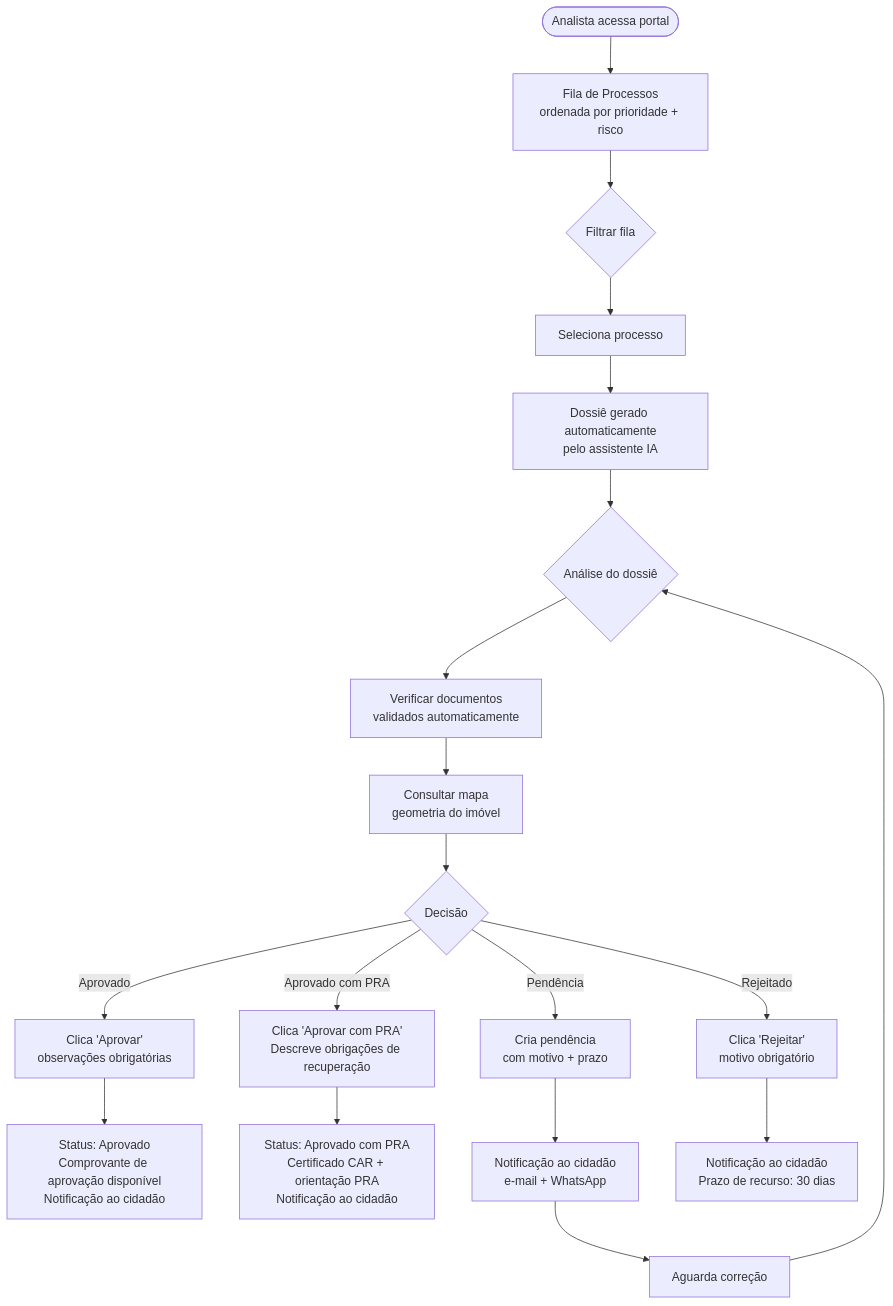
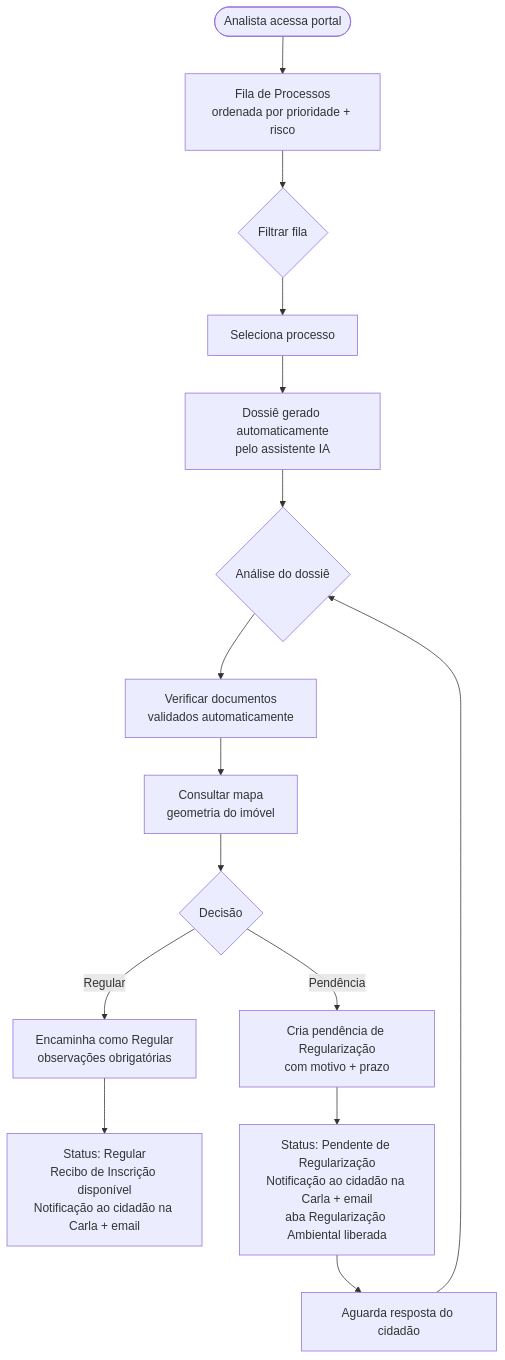
Before and after one commit to gresas/carla-cadastro-rural: the diagram in website/docs/design/fluxos/analista.md, drawn with Mermaid. The commit also changed other lines of this file and 32 other files, not shown here.

First line of the commit message:
docs: atualizar paradigma do canal WhatsApp → interface web própria

````diff
--- a/website/docs/design/fluxos/analista.md
+++ b/website/docs/design/fluxos/analista.md
@@ -16,26 +16,20 @@
 ```mermaid
 flowchart TD
     A([Analista acessa portal]) --> B[Fila de Processos\nordenada por prioridade + risco]
     B --> C{Filtrar fila}
     C --> D[Seleciona processo]
     D --> E[Dossiê gerado automaticamente\npelo assistente IA]
 
     E --> F{Análise do dossiê}
     F --> G[Verificar documentos\nvalidados automaticamente]
     G --> H[Consultar mapa\ngeometria do imóvel]
     H --> I{Decisão}
 
-    I -- Aprovado --> J[Clica 'Aprovar'\nobservações obrigatórias]
-    J --> K[Status: Aprovado\nComprovante de aprovação disponível\nNotificação ao cidadão]
+    I -- Regular --> J["Encaminha como Regular\nobservações obrigatórias"]
+    J --> K["Status: Regular\nRecibo de Inscrição disponível\nNotificação ao cidadão na Carla + email"]
 
-    I -- Aprovado com PRA --> J2[Clica 'Aprovar com PRA'\nDescreve obrigações de recuperação]
-    J2 --> K2[Status: Aprovado com PRA\nCertificado CAR + orientação PRA\nNotificação ao cidadão]
-
-    I -- Pendência --> L[Cria pendência\ncom motivo + prazo]
-    L --> M[Notificação ao cidadão\ne-mail + WhatsApp]
-    M --> N[Aguarda correção]
+    I -- Pendência --> L["Cria pendência de Regularização\ncom motivo + prazo"]
+    L --> M["Status: Pendente de Regularização\nNotificação ao cidadão na Carla + email\naba Regularização Ambiental liberada"]
+    M --> N[Aguarda resposta do cidadão]
     N --> F
-
-    I -- Rejeitado --> O[Clica 'Rejeitar'\nmotivo obrigatório]
-    O --> P[Notificação ao cidadão\nPrazo de recurso: 30 dias]
 ```
````
